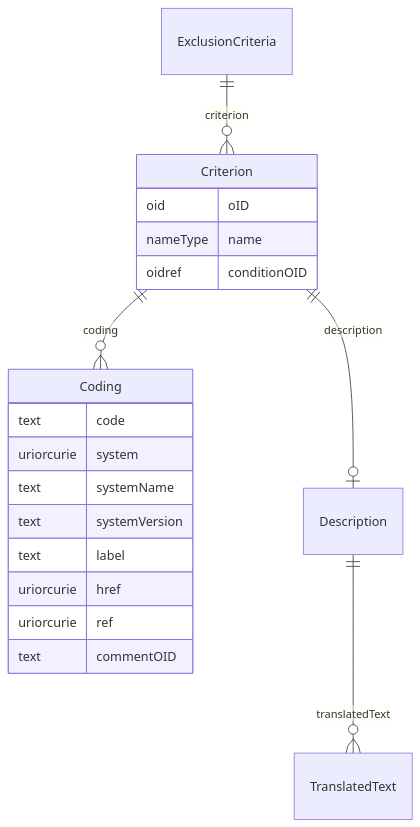
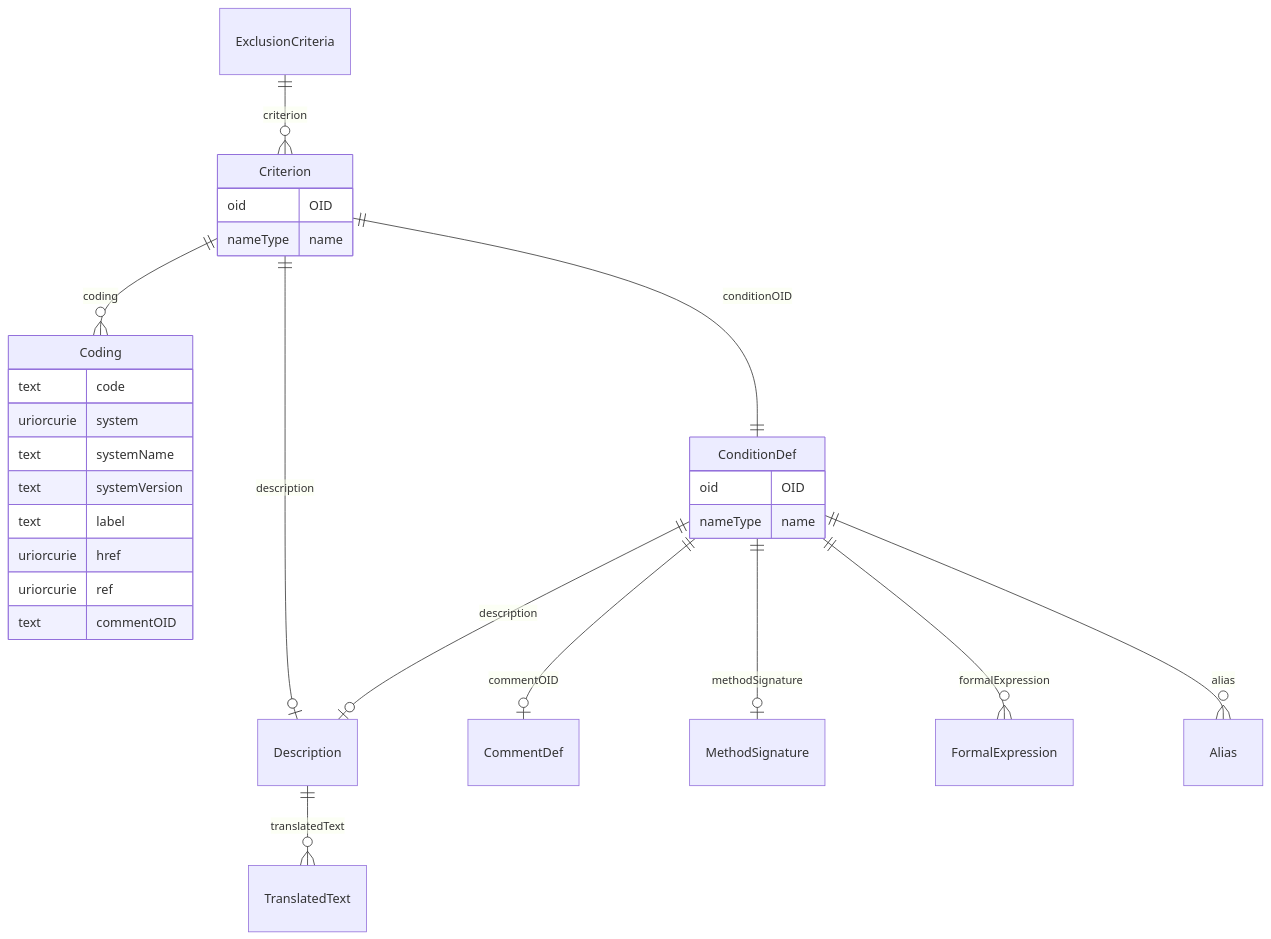
The diagram in docs/ExclusionCriteria.md (cdisc-org/DataExchange-ODM-LinkML), drawn with Mermaid before and after one commit. The commit also changed other lines of this file and 338 other files, not shown here.

Commit message:
improved references by detecting targets for oidref type slots

````diff
--- a/docs/ExclusionCriteria.md
+++ b/docs/ExclusionCriteria.md
@@ -11,30 +11,39 @@
 ```mermaid
 erDiagram
 ExclusionCriteria {
 
 }
 Criterion {
-    oid oID  
+    oid OID  
     nameType name  
-    oidref conditionOID  
 }
 Coding {
     text code  
     uriorcurie system  
     text systemName  
     text systemVersion  
     text label  
     uriorcurie href  
     uriorcurie ref  
     text commentOID  
 }
 Description {
 
 }
+ConditionDef {
+    oid OID  
+    nameType name  
+}
 
 ExclusionCriteria ||--}o Criterion : "criterion"
+Criterion ||--|| ConditionDef : "conditionOID"
 Criterion ||--|o Description : "description"
 Criterion ||--}o Coding : "coding"
 Description ||--}o TranslatedText : "translatedText"
+ConditionDef ||--|o CommentDef : "commentOID"
+ConditionDef ||--|o Description : "description"
+ConditionDef ||--|o MethodSignature : "methodSignature"
+ConditionDef ||--}o FormalExpression : "formalExpression"
+ConditionDef ||--}o Alias : "alias"
 
 ```
````
